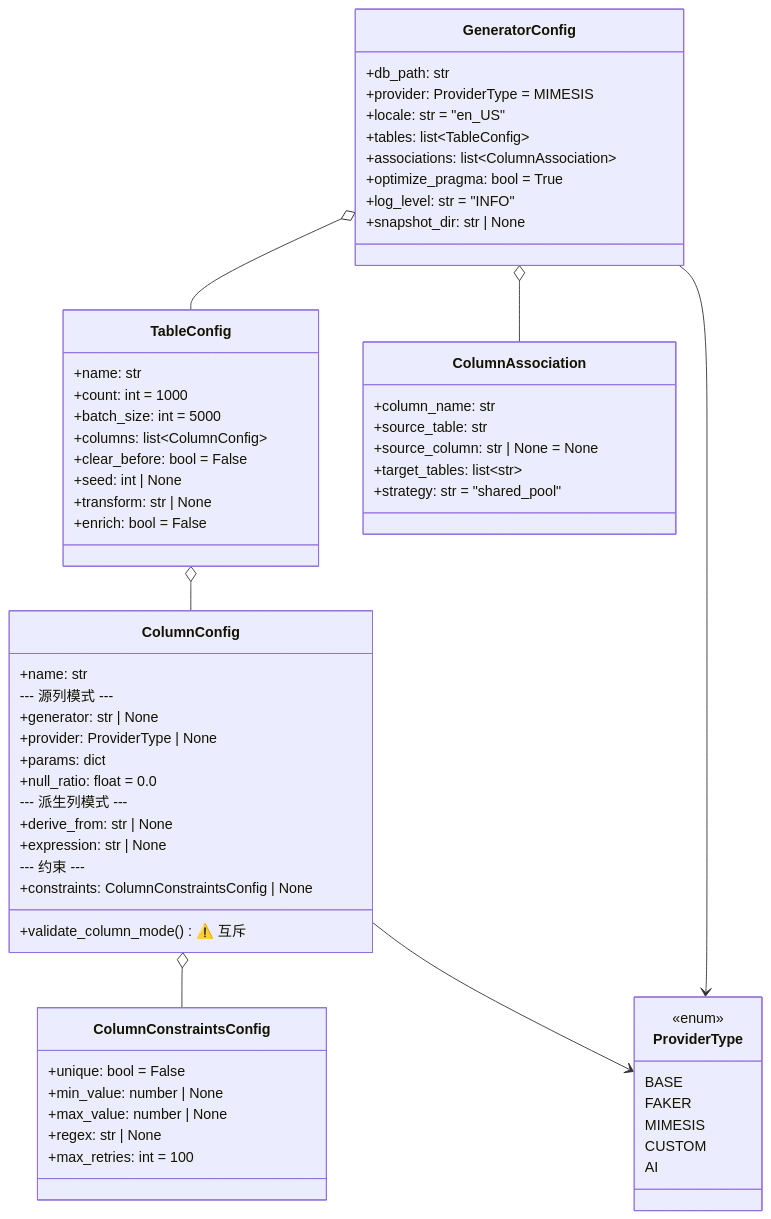
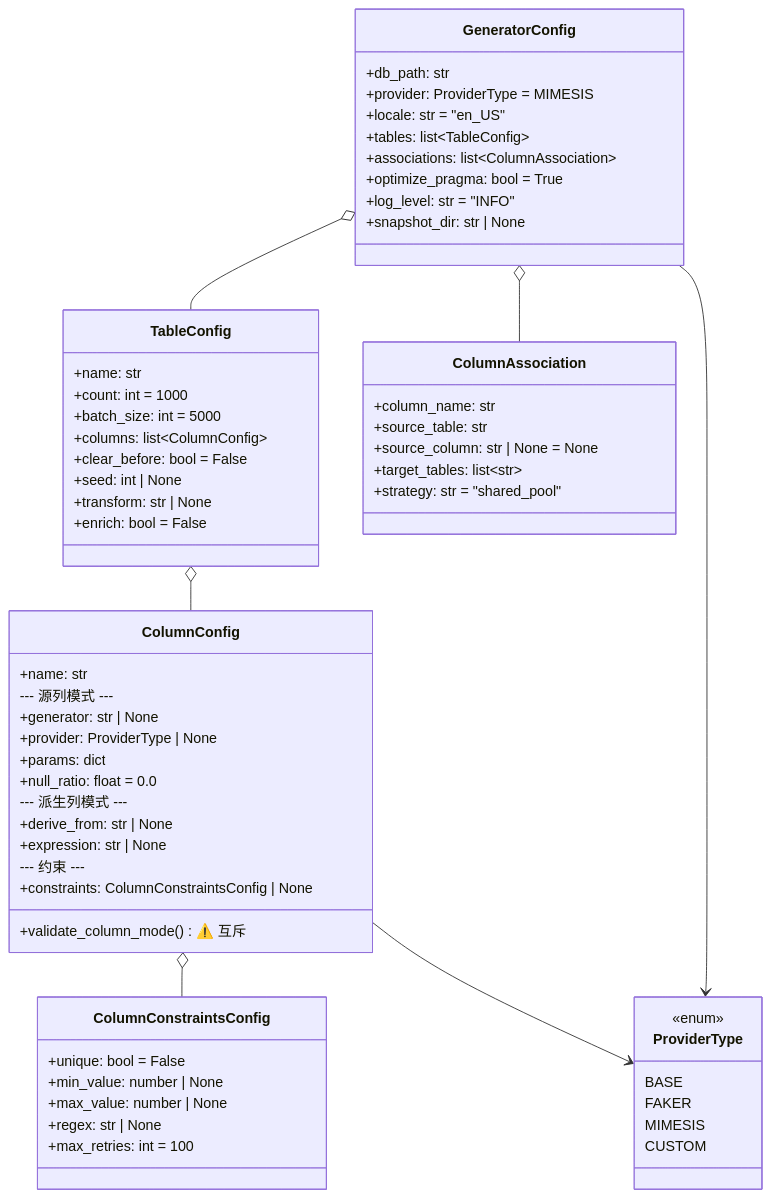
The ninth of 11 diagrams in docs/architecture.zh-CN.md (sunbos/sqlseed), drawn with Mermaid before and after one commit. The commit also changed 32 other files, not shown here.

````diff
--- a/docs/architecture.zh-CN.md
+++ b/docs/architecture.zh-CN.md
@@ -551,71 +551,70 @@
 ```mermaid
 classDiagram
     class GeneratorConfig {
         +db_path: str
         +provider: ProviderType = MIMESIS
         +locale: str = "en_US"
         +tables: list~TableConfig~
         +associations: list~ColumnAssociation~
         +optimize_pragma: bool = True
         +log_level: str = "INFO"
         +snapshot_dir: str | None
     }
 
     class TableConfig {
         +name: str
         +count: int = 1000
         +batch_size: int = 5000
         +columns: list~ColumnConfig~
         +clear_before: bool = False
         +seed: int | None
         +transform: str | None
         +enrich: bool = False
     }
 
     class ColumnConfig {
         +name: str
         --- 源列模式 ---
         +generator: str | None
         +provider: ProviderType | None
         +params: dict
         +null_ratio: float = 0.0
         --- 派生列模式 ---
         +derive_from: str | None
         +expression: str | None
         --- 约束 ---
         +constraints: ColumnConstraintsConfig | None
         +validate_column_mode() ⚠️ 互斥
     }
 
     class ColumnConstraintsConfig {
         +unique: bool = False
         +min_value: number | None
         +max_value: number | None
         +regex: str | None
         +max_retries: int = 100
     }
 
     class ColumnAssociation {
         +column_name: str
         +source_table: str
         +source_column: str | None = None
         +target_tables: list~str~
         +strategy: str = "shared_pool"
     }
 
     class ProviderType {
         <<enum>>
         BASE
         FAKER
         MIMESIS
         CUSTOM
-        AI
     }
 
     GeneratorConfig o-- TableConfig
     GeneratorConfig o-- ColumnAssociation
     GeneratorConfig --> ProviderType
     TableConfig o-- ColumnConfig
     ColumnConfig o-- ColumnConstraintsConfig
     ColumnConfig --> ProviderType
 ```
````
